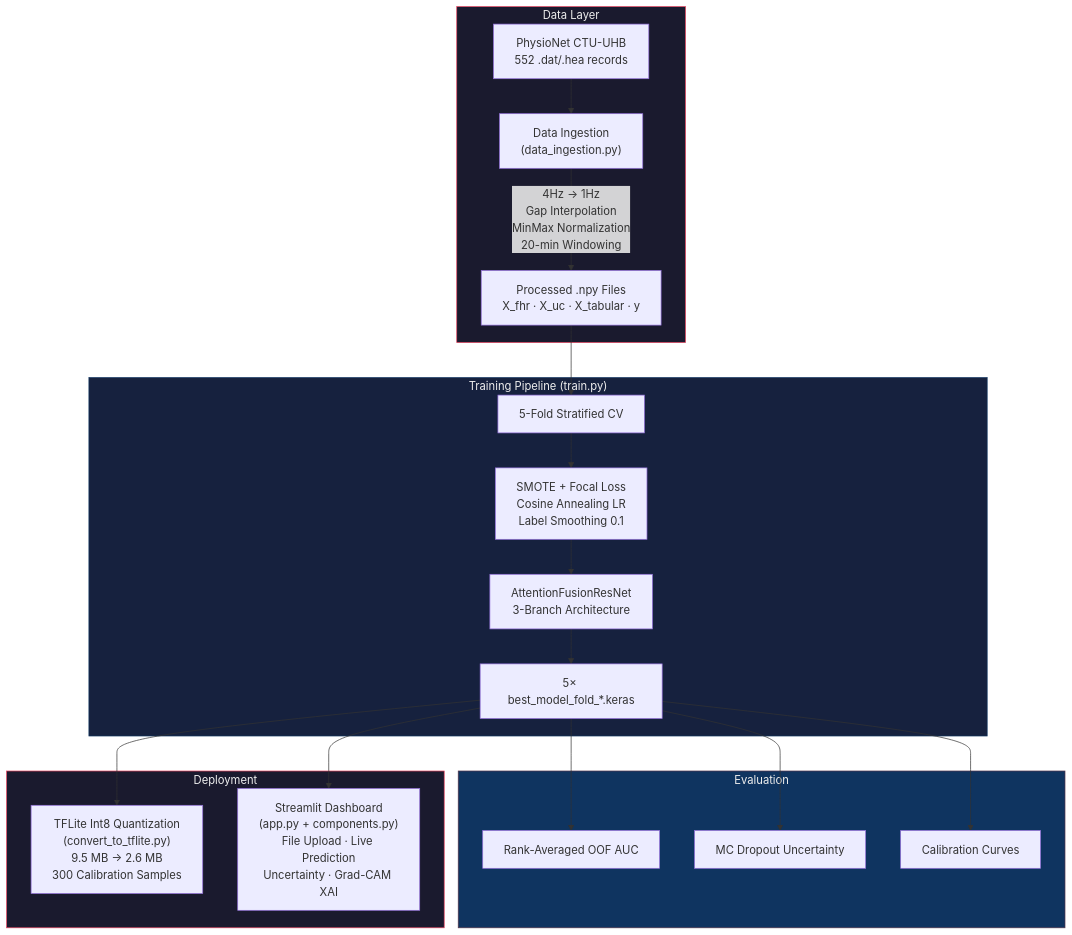
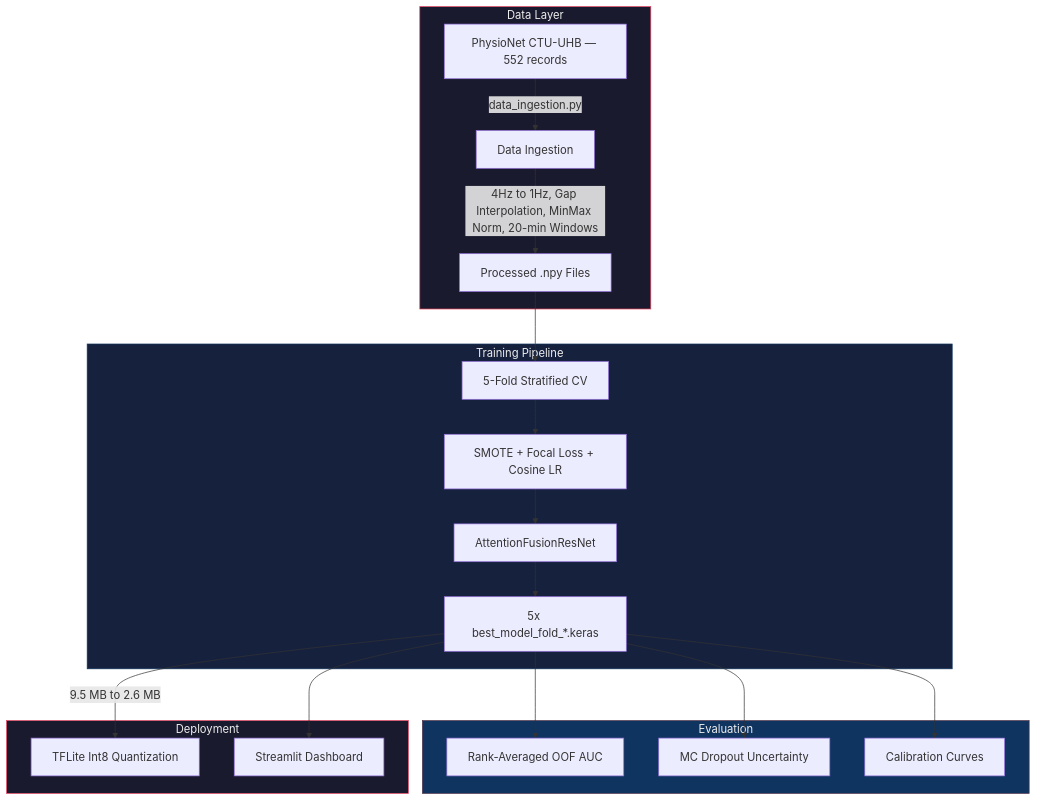
Before and after one commit to Krishna200608/NeuroFetal-AI: the first of 4 diagrams in Reports/explain.md, drawn with Mermaid. The commit also changed other lines of this file, not shown here.

````diff
--- a/Reports/explain.md
+++ b/Reports/explain.md
@@ -117,30 +117,30 @@
 ```mermaid
 flowchart TD
     subgraph DATA ["Data Layer"]
-        A["PhysioNet CTU-UHB\n552 .dat/.hea records"] --> B["Data Ingestion\n(data_ingestion.py)"]
-        B -->|"4Hz → 1Hz\nGap Interpolation\nMinMax Normalization\n20-min Windowing"| C["Processed .npy Files\nX_fhr · X_uc · X_tabular · y"]
+        A["PhysioNet CTU-UHB — 552 records"] -->|"data_ingestion.py"| B["Data Ingestion"]
+        B -->|"4Hz to 1Hz, Gap Interpolation, MinMax Norm, 20-min Windows"| C["Processed .npy Files"]
     end
 
-    subgraph TRAIN ["Training Pipeline (train.py)"]
+    subgraph TRAIN ["Training Pipeline"]
         C --> D["5-Fold Stratified CV"]
-        D --> E["SMOTE + Focal Loss\nCosine Annealing LR\nLabel Smoothing 0.1"]
-        E --> F["AttentionFusionResNet\n3-Branch Architecture"]
-        F --> G["5× best_model_fold_*.keras"]
+        D --> E["SMOTE + Focal Loss + Cosine LR"]
+        E --> F["AttentionFusionResNet"]
+        F --> G["5x best_model_fold_*.keras"]
     end
 
     subgraph EVAL ["Evaluation"]
         G --> H["Rank-Averaged OOF AUC"]
         G --> I["MC Dropout Uncertainty"]
         G --> J["Calibration Curves"]
     end
 
     subgraph DEPLOY ["Deployment"]
-        G --> K["TFLite Int8 Quantization\n(convert_to_tflite.py)\n9.5 MB → 2.6 MB\n300 Calibration Samples"]
-        G --> L["Streamlit Dashboard\n(app.py + components.py)\nFile Upload · Live Prediction\nUncertainty · Grad-CAM XAI"]
+        G -->|"9.5 MB to 2.6 MB"| K["TFLite Int8 Quantization"]
+        G --> L["Streamlit Dashboard"]
     end
 
     style DATA fill:#1a1a2e,stroke:#e94560,color:#eee
     style TRAIN fill:#16213e,stroke:#0f3460,color:#eee
     style EVAL fill:#0f3460,stroke:#53354a,color:#eee
     style DEPLOY fill:#1a1a2e,stroke:#e94560,color:#eee
 ```
````
